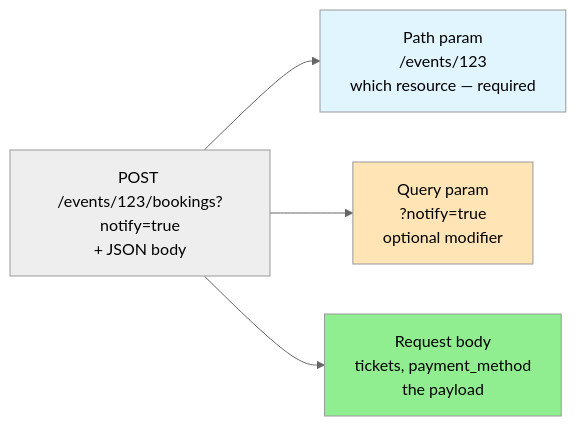
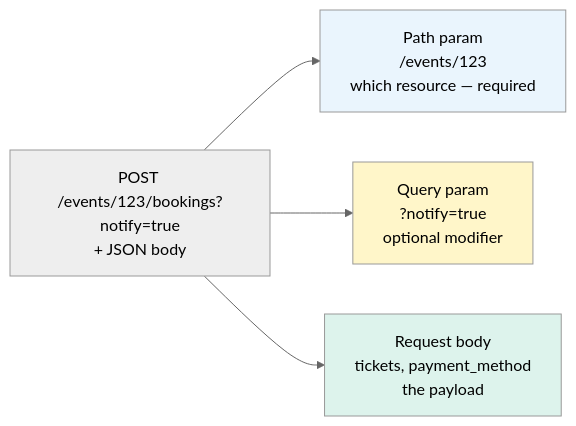
The first of 2 diagrams in LLD/SystemDesign/CoreConcepts/ApiDesign.md (cartmancodes/InterviewVault), drawn with Mermaid (neutral theme) before and after one commit. The commit also changed 679 other files, not shown here.

Commit message:
Unify content diagrams and add accessible visual walkthroughs

````diff
--- a/LLD/SystemDesign/CoreConcepts/ApiDesign.md
+++ b/LLD/SystemDesign/CoreConcepts/ApiDesign.md
@@ -128,10 +128,10 @@
 ```mermaid
 graph LR
     REQ["POST /events/123/bookings?notify=true<br/>+ JSON body"] --> P["Path param<br/>/events/123<br/>which resource — required"]
     REQ --> Q["Query param<br/>?notify=true<br/>optional modifier"]
     REQ --> B["Request body<br/>tickets, payment_method<br/>the payload"]
 
-    style P fill:#e1f5ff
-    style Q fill:#FFE4B5
-    style B fill:#90EE90
+    style P fill:#EAF5FD
+    style Q fill:#FFF6C9
+    style B fill:#DDF3EC
 ```
````
